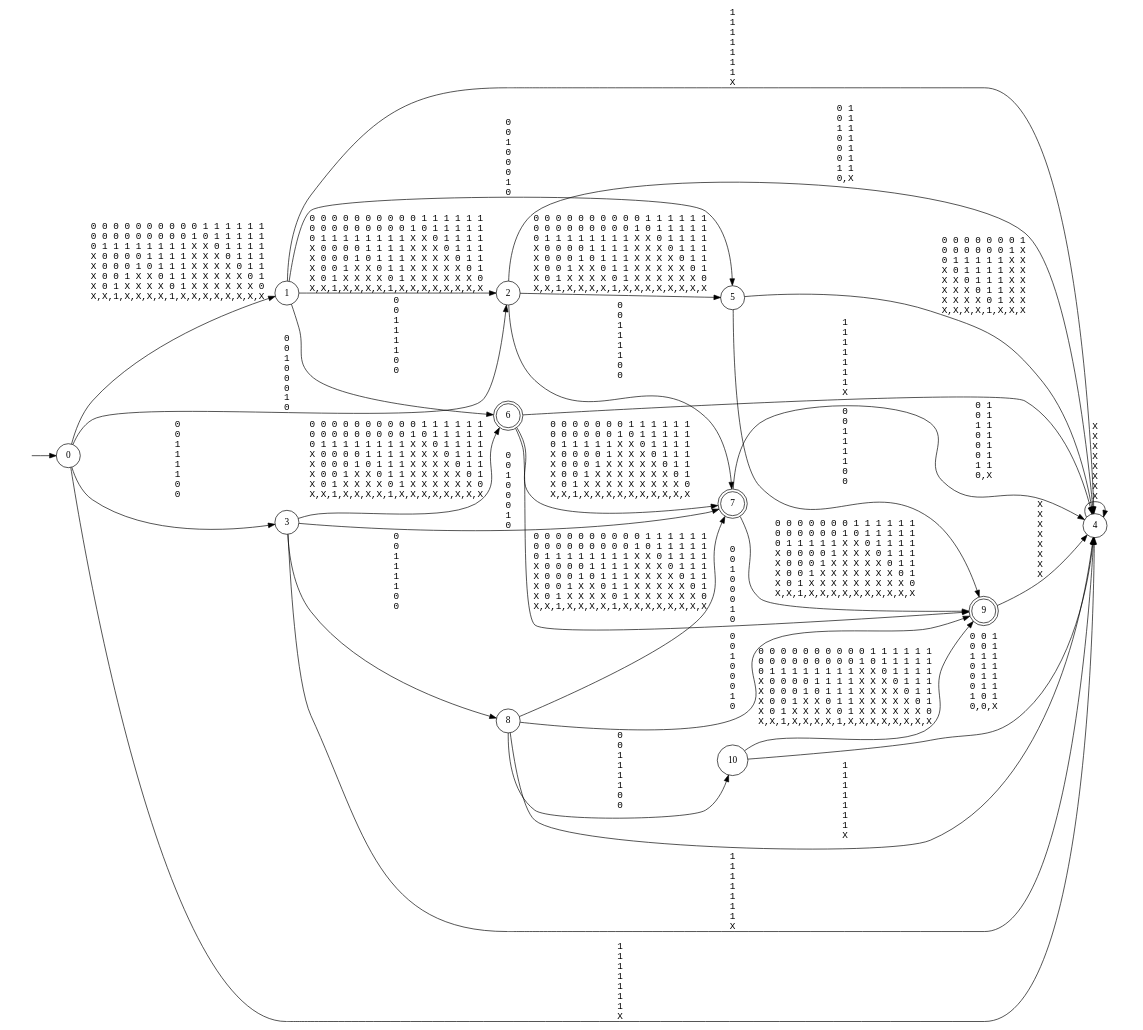
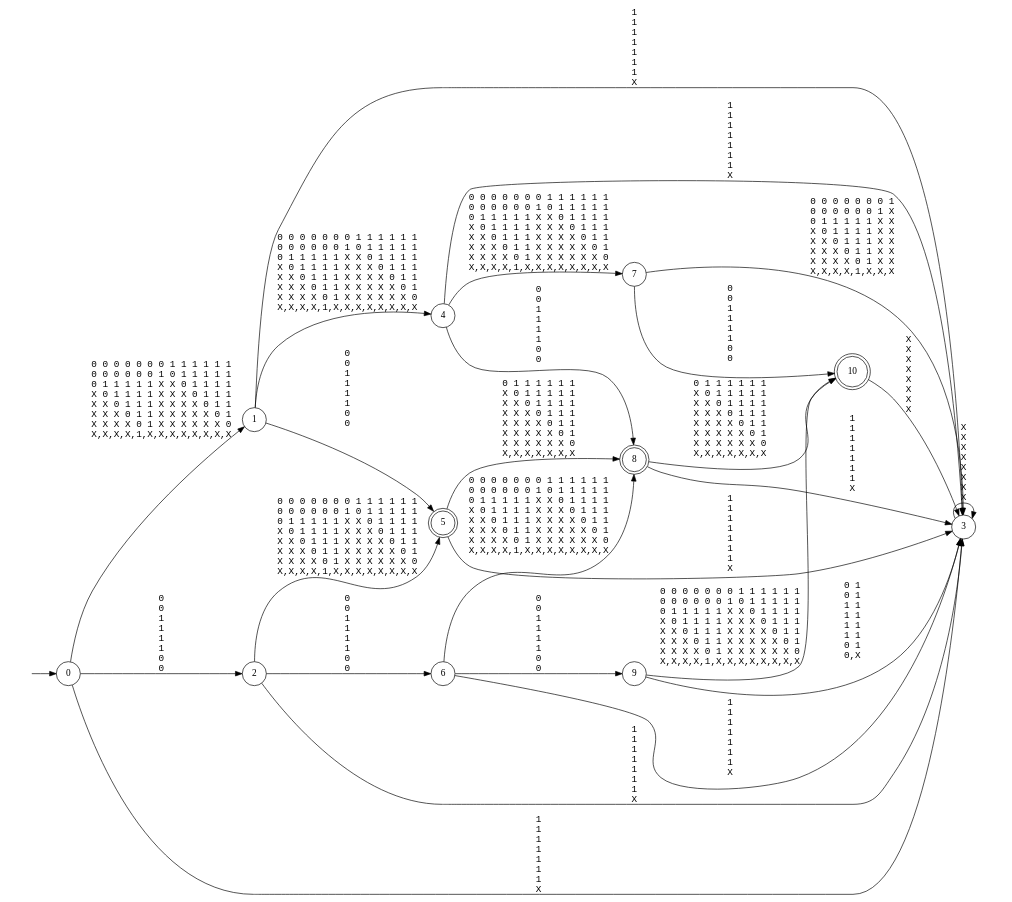
One commit to vlab-cs-ucsb/SemRep changed the diagram in SemRep/outputs/reference_depgraph_target_depgraph_x_sp_mn_auto.dot. Above: the diagram before and after it, drawn with Graphviz. The commit also changed 2 other files, not shown here.

```diff
--- a/SemRep/outputs/reference_depgraph_target_depgraph_x_sp_mn_auto.dot
+++ b/SemRep/outputs/reference_depgraph_target_depgraph_x_sp_mn_auto.dot
@@ -1,42 +1,37 @@
 digraph MONA_DFA {
  rankdir = LR;
  center = true;
  size = "700.5,1000.5";
  edge [fontname = Courier];
  node [height = .5, width = .5];
- node [shape = doublecircle]; 6; 7; 9;
- node [shape = circle]; 0; 1; 2; 3; 4; 5; 8; 10;
+ node [shape = doublecircle]; 5; 8; 10;
+ node [shape = circle]; 0; 1; 2; 3; 4; 6; 7; 9;
  node [shape = box];
  init [shape = plaintext, label = ""];
  init -> 0;
- 0 -> 1 [label="0 0 0 0 0 0 0 0 0 0 1 1 1 1 1 1\n0 0 0 0 0 0 0 0 0 1 0 1 1 1 1 1\n0 1 1 1 1 1 1 1 1 X X 0 1 1 1 1\nX 0 0 0 0 1 1 1 1 X X X 0 1 1 1\nX 0 0 0 1 0 1 1 1 X X X X 0 1 1\nX 0 0 1 X X 0 1 1 X X X X X 0 1\nX 0 1 X X X X 0 1 X X X X X X 0\nX,X,1,X,X,X,X,1,X,X,X,X,X,X,X,X"];
- 0 -> 2 [label="0\n0\n1\n0\n0\n0\n1\n0"];
- 0 -> 3 [label="0\n0\n1\n1\n1\n1\n0\n0"];
- 0 -> 4 [label="1\n1\n1\n1\n1\n1\n1\nX"];
- 1 -> 2 [label="0 0 0 0 0 0 0 0 0 0 1 1 1 1 1 1\n0 0 0 0 0 0 0 0 0 1 0 1 1 1 1 1\n0 1 1 1 1 1 1 1 1 X X 0 1 1 1 1\nX 0 0 0 0 1 1 1 1 X X X 0 1 1 1\nX 0 0 0 1 0 1 1 1 X X X X 0 1 1\nX 0 0 1 X X 0 1 1 X X X X X 0 1\nX 0 1 X X X X 0 1 X X X X X X 0\nX,X,1,X,X,X,X,1,X,X,X,X,X,X,X,X"];
- 1 -> 4 [label="1\n1\n1\n1\n1\n1\n1\nX"];
- 1 -> 5 [label="0\n0\n1\n0\n0\n0\n1\n0"];
- 1 -> 6 [label="0\n0\n1\n1\n1\n1\n0\n0"];
- 2 -> 4 [label="0 1\n0 1\n1 1\n0 1\n0 1\n0 1\n1 1\n0,X"];
- 2 -> 5 [label="0 0 0 0 0 0 0 0 0 0 1 1 1 1 1 1\n0 0 0 0 0 0 0 0 0 1 0 1 1 1 1 1\n0 1 1 1 1 1 1 1 1 X X 0 1 1 1 1\nX 0 0 0 0 1 1 1 1 X X X 0 1 1 1\nX 0 0 0 1 0 1 1 1 X X X X 0 1 1\nX 0 0 1 X X 0 1 1 X X X X X 0 1\nX 0 1 X X X X 0 1 X X X X X X 0\nX,X,1,X,X,X,X,1,X,X,X,X,X,X,X,X"];
- 2 -> 7 [label="0\n0\n1\n1\n1\n1\n0\n0"];
- 3 -> 4 [label="1\n1\n1\n1\n1\n1\n1\nX"];
- 3 -> 6 [label="0 0 0 0 0 0 0 0 0 0 1 1 1 1 1 1\n0 0 0 0 0 0 0 0 0 1 0 1 1 1 1 1\n0 1 1 1 1 1 1 1 1 X X 0 1 1 1 1\nX 0 0 0 0 1 1 1 1 X X X 0 1 1 1\nX 0 0 0 1 0 1 1 1 X X X X 0 1 1\nX 0 0 1 X X 0 1 1 X X X X X 0 1\nX 0 1 X X X X 0 1 X X X X X X 0\nX,X,1,X,X,X,X,1,X,X,X,X,X,X,X,X"];
- 3 -> 7 [label="0\n0\n1\n0\n0\n0\n1\n0"];
- 3 -> 8 [label="0\n0\n1\n1\n1\n1\n0\n0"];
- 4 -> 4 [label="X\nX\nX\nX\nX\nX\nX\nX"];
- 5 -> 4 [label="0 0 0 0 0 0 0 1\n0 0 0 0 0 0 1 X\n0 1 1 1 1 1 X X\nX 0 1 1 1 1 X X\nX X 0 1 1 1 X X\nX X X 0 1 1 X X\nX X X X 0 1 X X\nX,X,X,X,1,X,X,X"];
- 5 -> 9 [label="0\n0\n1\n1\n1\n1\n0\n0"];
- 6 -> 4 [label="1\n1\n1\n1\n1\n1\n1\nX"];
- 6 -> 7 [label="0 0 0 0 0 0 0 1 1 1 1 1 1\n0 0 0 0 0 0 1 0 1 1 1 1 1\n0 1 1 1 1 1 X X 0 1 1 1 1\nX 0 0 0 0 1 X X X 0 1 1 1\nX 0 0 0 1 X X X X X 0 1 1\nX 0 0 1 X X X X X X X 0 1\nX 0 1 X X X X X X X X X 0\nX,X,1,X,X,X,X,X,X,X,X,X,X"];
- 6 -> 9 [label="0\n0\n1\n0\n0\n0\n1\n0"];
- 7 -> 4 [label="0 1\n0 1\n1 1\n0 1\n0 1\n0 1\n1 1\n0,X"];
- 7 -> 9 [label="0 0 0 0 0 0 0 1 1 1 1 1 1\n0 0 0 0 0 0 1 0 1 1 1 1 1\n0 1 1 1 1 1 X X 0 1 1 1 1\nX 0 0 0 0 1 X X X 0 1 1 1\nX 0 0 0 1 X X X X X 0 1 1\nX 0 0 1 X X X X X X X 0 1\nX 0 1 X X X X X X X X X 0\nX,X,1,X,X,X,X,X,X,X,X,X,X"];
- 8 -> 4 [label="1\n1\n1\n1\n1\n1\n1\nX"];
- 8 -> 7 [label="0 0 0 0 0 0 0 0 0 0 1 1 1 1 1 1\n0 0 0 0 0 0 0 0 0 1 0 1 1 1 1 1\n0 1 1 1 1 1 1 1 1 X X 0 1 1 1 1\nX 0 0 0 0 1 1 1 1 X X X 0 1 1 1\nX 0 0 0 1 0 1 1 1 X X X X 0 1 1\nX 0 0 1 X X 0 1 1 X X X X X 0 1\nX 0 1 X X X X 0 1 X X X X X X 0\nX,X,1,X,X,X,X,1,X,X,X,X,X,X,X,X"];
- 8 -> 9 [label="0\n0\n1\n0\n0\n0\n1\n0"];
- 8 -> 10 [label="0\n0\n1\n1\n1\n1\n0\n0"];
- 9 -> 4 [label="X\nX\nX\nX\nX\nX\nX\nX"];
- 10 -> 4 [label="0 0 1\n0 0 1\n1 1 1\n0 1 1\n0 1 1\n0 1 1\n1 0 1\n0,0,X"];
- 10 -> 9 [label="0 0 0 0 0 0 0 0 0 0 1 1 1 1 1 1\n0 0 0 0 0 0 0 0 0 1 0 1 1 1 1 1\n0 1 1 1 1 1 1 1 1 X X 0 1 1 1 1\nX 0 0 0 0 1 1 1 1 X X X 0 1 1 1\nX 0 0 0 1 0 1 1 1 X X X X 0 1 1\nX 0 0 1 X X 0 1 1 X X X X X 0 1\nX 0 1 X X X X 0 1 X X X X X X 0\nX,X,1,X,X,X,X,1,X,X,X,X,X,X,X,X"];
+ 0 -> 1 [label="0 0 0 0 0 0 0 1 1 1 1 1 1\n0 0 0 0 0 0 1 0 1 1 1 1 1\n0 1 1 1 1 1 X X 0 1 1 1 1\nX 0 1 1 1 1 X X X 0 1 1 1\nX X 0 1 1 1 X X X X 0 1 1\nX X X 0 1 1 X X X X X 0 1\nX X X X 0 1 X X X X X X 0\nX,X,X,X,1,X,X,X,X,X,X,X,X"];
+ 0 -> 2 [label="0\n0\n1\n1\n1\n1\n0\n0"];
+ 0 -> 3 [label="1\n1\n1\n1\n1\n1\n1\nX"];
+ 1 -> 3 [label="1\n1\n1\n1\n1\n1\n1\nX"];
+ 1 -> 4 [label="0 0 0 0 0 0 0 1 1 1 1 1 1\n0 0 0 0 0 0 1 0 1 1 1 1 1\n0 1 1 1 1 1 X X 0 1 1 1 1\nX 0 1 1 1 1 X X X 0 1 1 1\nX X 0 1 1 1 X X X X 0 1 1\nX X X 0 1 1 X X X X X 0 1\nX X X X 0 1 X X X X X X 0\nX,X,X,X,1,X,X,X,X,X,X,X,X"];
+ 1 -> 5 [label="0\n0\n1\n1\n1\n1\n0\n0"];
+ 2 -> 3 [label="1\n1\n1\n1\n1\n1\n1\nX"];
+ 2 -> 5 [label="0 0 0 0 0 0 0 1 1 1 1 1 1\n0 0 0 0 0 0 1 0 1 1 1 1 1\n0 1 1 1 1 1 X X 0 1 1 1 1\nX 0 1 1 1 1 X X X 0 1 1 1\nX X 0 1 1 1 X X X X 0 1 1\nX X X 0 1 1 X X X X X 0 1\nX X X X 0 1 X X X X X X 0\nX,X,X,X,1,X,X,X,X,X,X,X,X"];
+ 2 -> 6 [label="0\n0\n1\n1\n1\n1\n0\n0"];
+ 3 -> 3 [label="X\nX\nX\nX\nX\nX\nX\nX"];
+ 4 -> 3 [label="1\n1\n1\n1\n1\n1\n1\nX"];
+ 4 -> 7 [label="0 0 0 0 0 0 0 1 1 1 1 1 1\n0 0 0 0 0 0 1 0 1 1 1 1 1\n0 1 1 1 1 1 X X 0 1 1 1 1\nX 0 1 1 1 1 X X X 0 1 1 1\nX X 0 1 1 1 X X X X 0 1 1\nX X X 0 1 1 X X X X X 0 1\nX X X X 0 1 X X X X X X 0\nX,X,X,X,1,X,X,X,X,X,X,X,X"];
+ 4 -> 8 [label="0\n0\n1\n1\n1\n1\n0\n0"];
+ 5 -> 3 [label="1\n1\n1\n1\n1\n1\n1\nX"];
+ 5 -> 8 [label="0 1 1 1 1 1 1\nX 0 1 1 1 1 1\nX X 0 1 1 1 1\nX X X 0 1 1 1\nX X X X 0 1 1\nX X X X X 0 1\nX X X X X X 0\nX,X,X,X,X,X,X"];
+ 6 -> 3 [label="1\n1\n1\n1\n1\n1\n1\nX"];
+ 6 -> 8 [label="0 0 0 0 0 0 0 1 1 1 1 1 1\n0 0 0 0 0 0 1 0 1 1 1 1 1\n0 1 1 1 1 1 X X 0 1 1 1 1\nX 0 1 1 1 1 X X X 0 1 1 1\nX X 0 1 1 1 X X X X 0 1 1\nX X X 0 1 1 X X X X X 0 1\nX X X X 0 1 X X X X X X 0\nX,X,X,X,1,X,X,X,X,X,X,X,X"];
+ 6 -> 9 [label="0\n0\n1\n1\n1\n1\n0\n0"];
+ 7 -> 3 [label="0 0 0 0 0 0 0 1\n0 0 0 0 0 0 1 X\n0 1 1 1 1 1 X X\nX 0 1 1 1 1 X X\nX X 0 1 1 1 X X\nX X X 0 1 1 X X\nX X X X 0 1 X X\nX,X,X,X,1,X,X,X"];
+ 7 -> 10 [label="0\n0\n1\n1\n1\n1\n0\n0"];
+ 8 -> 3 [label="1\n1\n1\n1\n1\n1\n1\nX"];
+ 8 -> 10 [label="0 1 1 1 1 1 1\nX 0 1 1 1 1 1\nX X 0 1 1 1 1\nX X X 0 1 1 1\nX X X X 0 1 1\nX X X X X 0 1\nX X X X X X 0\nX,X,X,X,X,X,X"];
+ 9 -> 3 [label="0 1\n0 1\n1 1\n1 1\n1 1\n1 1\n0 1\n0,X"];
+ 9 -> 10 [label="0 0 0 0 0 0 0 1 1 1 1 1 1\n0 0 0 0 0 0 1 0 1 1 1 1 1\n0 1 1 1 1 1 X X 0 1 1 1 1\nX 0 1 1 1 1 X X X 0 1 1 1\nX X 0 1 1 1 X X X X 0 1 1\nX X X 0 1 1 X X X X X 0 1\nX X X X 0 1 X X X X X X 0\nX,X,X,X,1,X,X,X,X,X,X,X,X"];
+ 10 -> 3 [label="X\nX\nX\nX\nX\nX\nX\nX"];
 }
```
